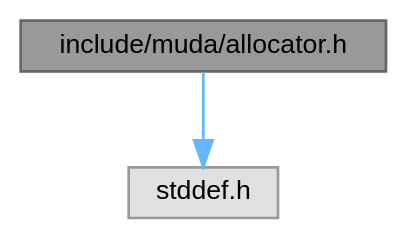
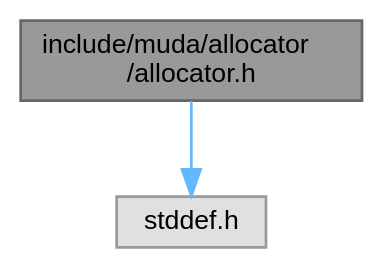
The diagram in docs/d6/d5d/allocator_8h__incl.dot (segfreak/muda), drawn with Graphviz before and after one commit. The commit also changed 122 other files, not shown here.

```diff
--- a/docs/d6/d5d/allocator_8h__incl.dot
+++ b/docs/d6/d5d/allocator_8h__incl.dot
@@ -1,10 +1,10 @@
-digraph "include/muda/allocator.h"
+digraph "include/muda/allocator/allocator.h"
 {
  // LATEX_PDF_SIZE
   bgcolor="transparent";
   edge [fontname=Helvetica,fontsize=10,labelfontname=Helvetica,labelfontsize=10];
   node [fontname=Helvetica,fontsize=10,shape=box,height=0.2,width=0.4];
-  Node1 [id="Node000001",label="include/muda/allocator.h",height=0.2,width=0.4,color="gray40", fillcolor="grey60", style="filled", fontcolor="black",tooltip="Custom allocator function type definitions for MUDA."];
+  Node1 [id="Node000001",label="include/muda/allocator\l/allocator.h",height=0.2,width=0.4,color="gray40", fillcolor="grey60", style="filled", fontcolor="black",tooltip="Custom allocator function type definitions for MUDA."];
   Node1 -> Node2 [id="edge1_Node000001_Node000002",color="steelblue1",style="solid",tooltip=" "];
   Node2 [id="Node000002",label="stddef.h",height=0.2,width=0.4,color="grey60", fillcolor="#E0E0E0", style="filled",tooltip=" "];
 }
```
